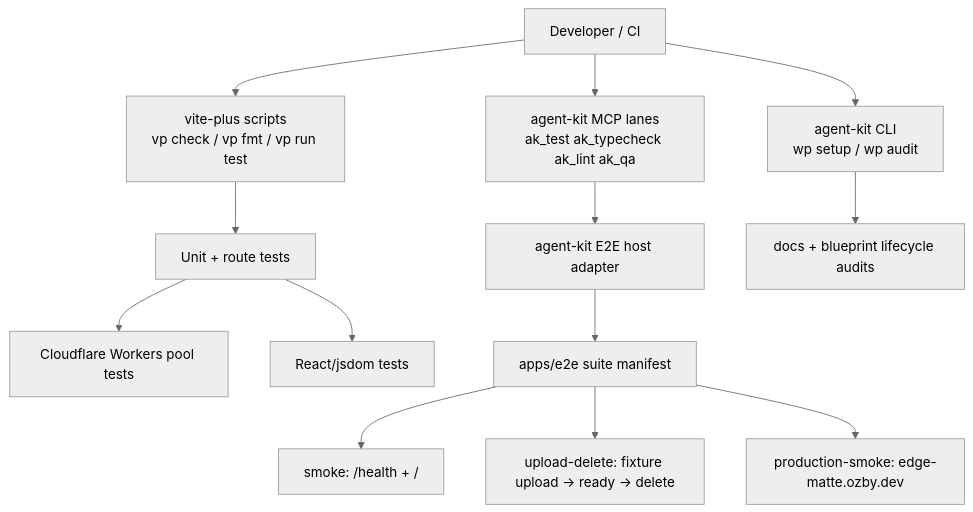
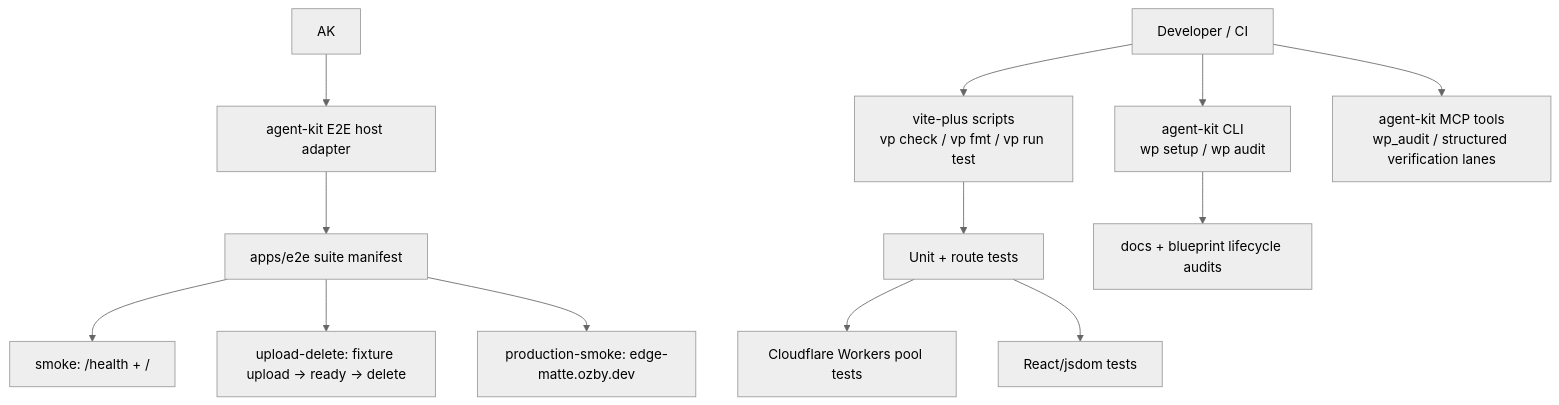
One commit to ozby/edge-matte changed the eighth of 10 diagrams in docs/architecture.md. Above: the diagram before and after it, drawn with Mermaid (neutral theme). The commit also changed 9 other files, not shown here.

````diff
--- a/docs/architecture.md
+++ b/docs/architecture.md
@@ -253,18 +253,18 @@
 ```mermaid
 flowchart TD
     DEV[Developer / CI] --> VP[vite-plus scripts<br/>vp check / vp fmt / vp run test]
     DEV --> WP[agent-kit CLI<br/>wp setup / wp audit]
-    DEV --> AK[agent-kit MCP lanes<br/>ak_test ak_typecheck ak_lint ak_qa]
+    DEV --> MCP[agent-kit MCP tools<br/>wp_audit / structured verification lanes]
 
     VP --> UNIT[Unit + route tests]
     UNIT --> WORKERS[Cloudflare Workers pool tests]
     UNIT --> REACT[React/jsdom tests]
 
     AK --> E2E[agent-kit E2E host adapter]
     E2E --> MANIFEST[apps/e2e suite manifest]
     MANIFEST --> SMOKE[smoke: /health + /]
     MANIFEST --> UPLOAD[upload-delete: fixture upload -> ready -> delete]
     MANIFEST --> PROD[production-smoke: edge-matte.ozby.dev]
 
     WP --> DOCS[docs + blueprint lifecycle audits]
 ```
````
